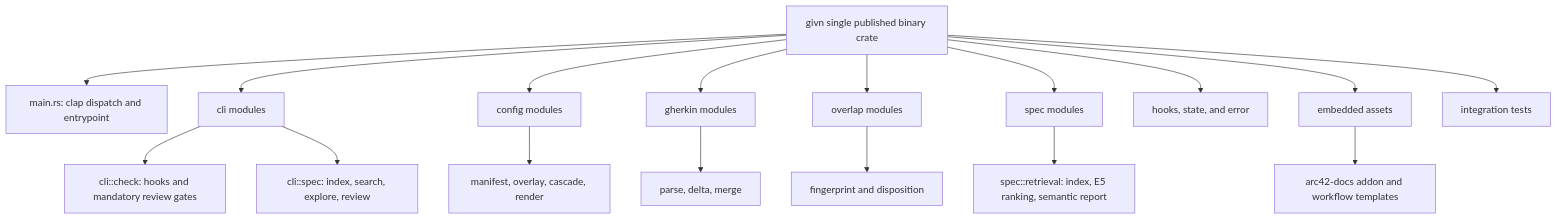
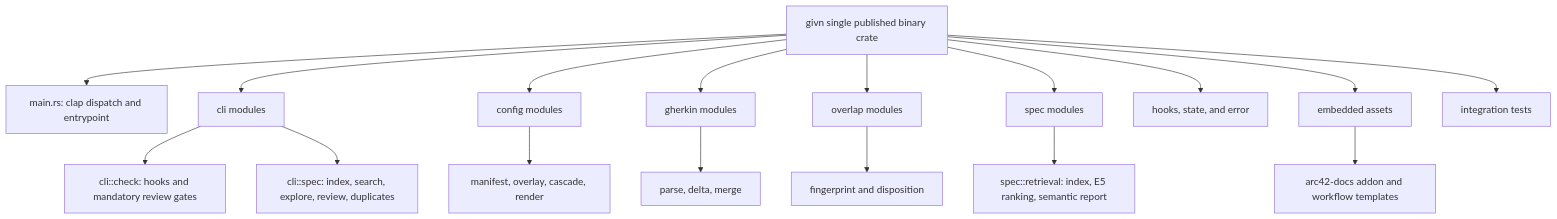
One commit to buster/givn changed the diagram in docs/arc42/05-building-block-view.md. Above: the diagram before and after it, drawn with Mermaid. The commit also changed other lines of this file and 20 other files, not shown here.

Commit message:
feat(spec-duplicates): Exact duplicates across features are reported together

````diff
--- a/docs/arc42/05-building-block-view.md
+++ b/docs/arc42/05-building-block-view.md
@@ -10,21 +10,21 @@
 ```mermaid
 flowchart TD
     G["givn single published binary crate"]
     G --> M["main.rs: clap dispatch and entrypoint"]
     G --> C["cli modules"]
     G --> CFG["config modules"]
     G --> GH["gherkin modules"]
     G --> O["overlap modules"]
     G --> S["spec modules"]
     G --> H["hooks, state, and error"]
     G --> A["embedded assets"]
     G --> T["integration tests"]
 
     C --> CHECK["cli::check: hooks and mandatory review gates"]
-    C --> SPEC["cli::spec: index, search, explore, review"]
+    C --> SPEC["cli::spec: index, search, explore, review, duplicates"]
     CFG --> MANIFEST["manifest, overlay, cascade, render"]
     GH --> DELTA["parse, delta, merge"]
     O --> FINGER["fingerprint and disposition"]
     S --> RETRIEVAL["spec::retrieval: index, E5 ranking, semantic report"]
     A --> ADDON["arc42-docs addon and workflow templates"]
 ```
````
